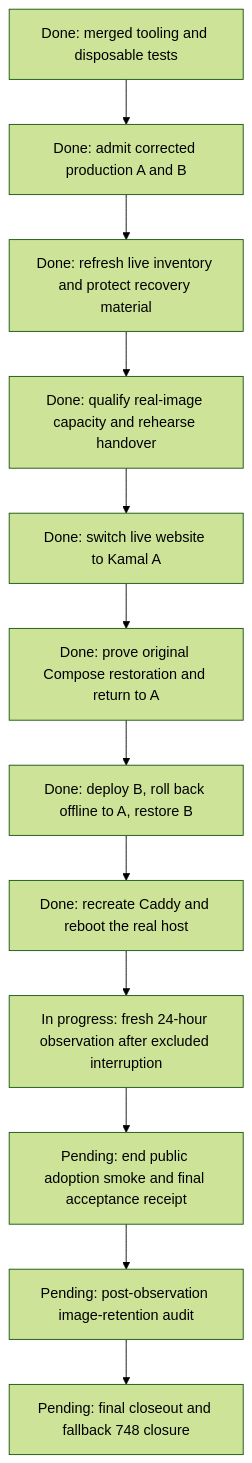
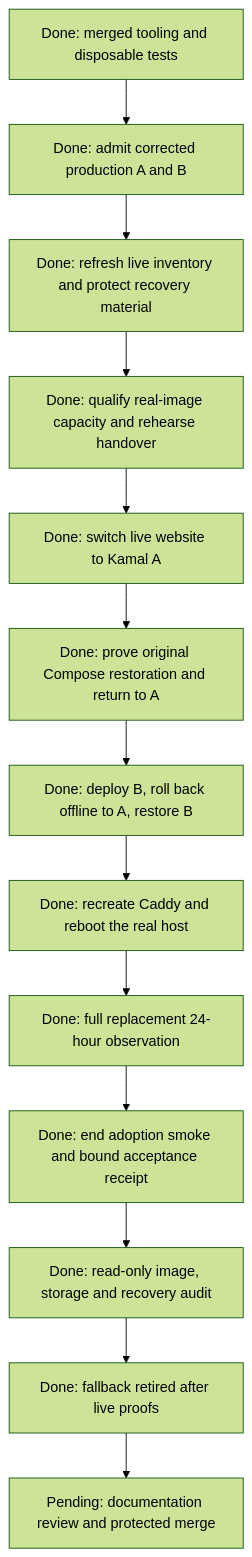
The diagram in plan.md (flidai/leapview), drawn with Mermaid (forest theme) before and after one commit. The commit also changed other lines of this file and 6 other files, not shown here.

First line of the commit message:
docs(site): record final live observation and recovery audit (#803)

````diff
--- a/plan.md
+++ b/plan.md
@@ -135,14 +163,15 @@
 ```mermaid
 flowchart TD
     A[Done: merged tooling and disposable tests] --> B[Done: admit corrected production A and B]
     B --> C[Done: refresh live inventory and protect recovery material]
     C --> D[Done: qualify real-image capacity and rehearse handover]
     D --> E[Done: switch live website to Kamal A]
     E --> F[Done: prove original Compose restoration and return to A]
     F --> G[Done: deploy B, roll back offline to A, restore B]
     G --> H[Done: recreate Caddy and reboot the real host]
-    H --> I[In progress: fresh 24-hour observation after excluded interruption]
-    I --> J[Pending: end public adoption smoke and final acceptance receipt]
-    J --> K[Pending: post-observation image-retention audit]
-    K --> L[Pending: final closeout and fallback 748 closure]
+    H --> I[Done: full replacement 24-hour observation]
+    I --> J[Done: end adoption smoke and bound acceptance receipt]
+    J --> K[Done: read-only image, storage and recovery audit]
+    K --> L[Done: fallback retired after live proofs]
+    L --> M[Pending: documentation review and protected merge]
 ```
````
